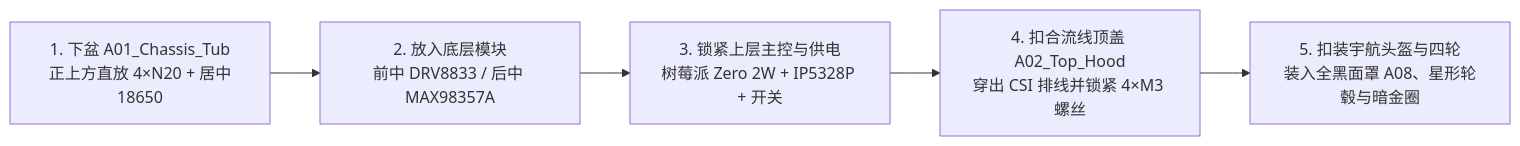
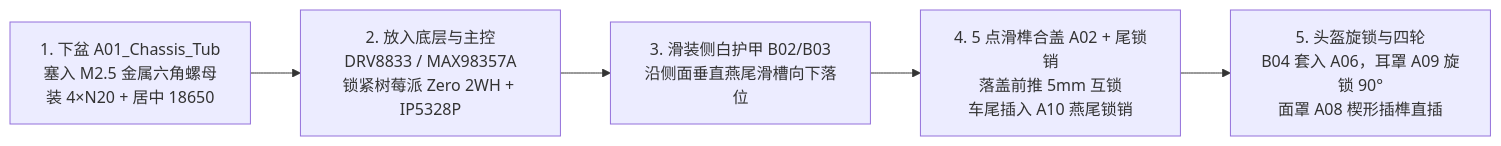
Before and after one commit to wavachao/kron01-terra-rover: the diagram in docs/DESIGN_REPORT.md, drawn with Mermaid. The commit also changed other lines of this file and 96 other files, not shown here.

````diff
--- a/docs/DESIGN_REPORT.md
+++ b/docs/DESIGN_REPORT.md
@@ -38,7 +38,7 @@
 ```mermaid
 flowchart LR
-  S1["1. 下盆 A01_Chassis_Tub<br/>正上方直放 4×N20 + 居中18650"] --> S2["2. 放入底层模块<br/>前中 DRV8833 / 后中 MAX98357A"]
-  S2 --> S3["3. 锁紧上层主控与供电<br/>树莓派 Zero 2W + IP5328P + 开关"]
-  S3 --> S4["4. 扣合流线顶盖 A02_Top_Hood<br/>穿出 CSI 排线并锁紧 4×M3 螺丝"]
-  S4 --> S5["5. 扣装宇航头盔与四轮<br/>装入全黑面罩 A08、星形轮毂与暗金圈"]
+  S1["1. 下盆 A01_Chassis_Tub<br/>塞入 M2.5 金属六角螺母<br/>装 4×N20 + 居中 18650"] --> S2["2. 放入底层与主控<br/>DRV8833 / MAX98357A<br/>锁紧树莓派 Zero 2WH + IP5328P"]
+  S2 --> S3["3. 滑装侧白护甲 B02/B03<br/>沿侧面垂直燕尾滑槽向下落位"]
+  S3 --> S4["4. 5 点滑榫合盖 A02 + 尾锁销<br/>落盖前推 5mm 互锁<br/>车尾插入 A10 燕尾锁销"]
+  S4 --> S5["5. 头盔旋锁与四轮<br/>B04 套入 A06，耳罩 A09 旋锁 90°<br/>面罩 A08 楔形插榫直插"]
 ```
````
